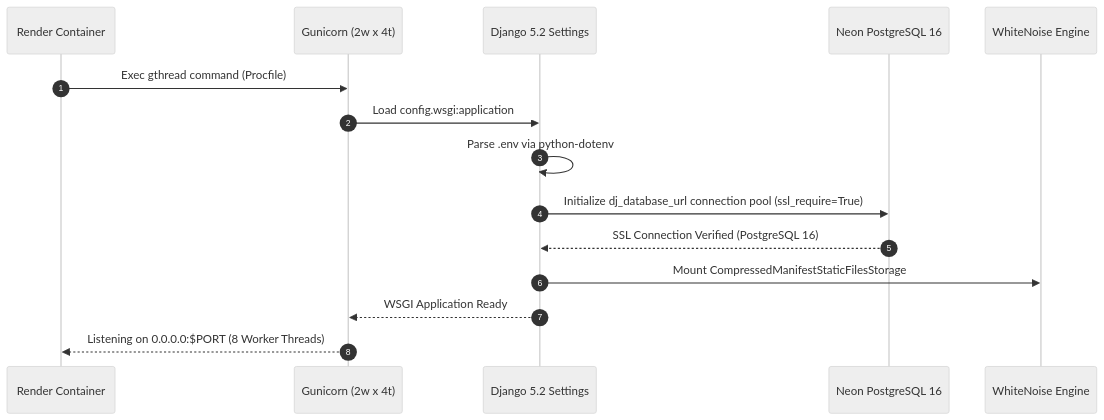
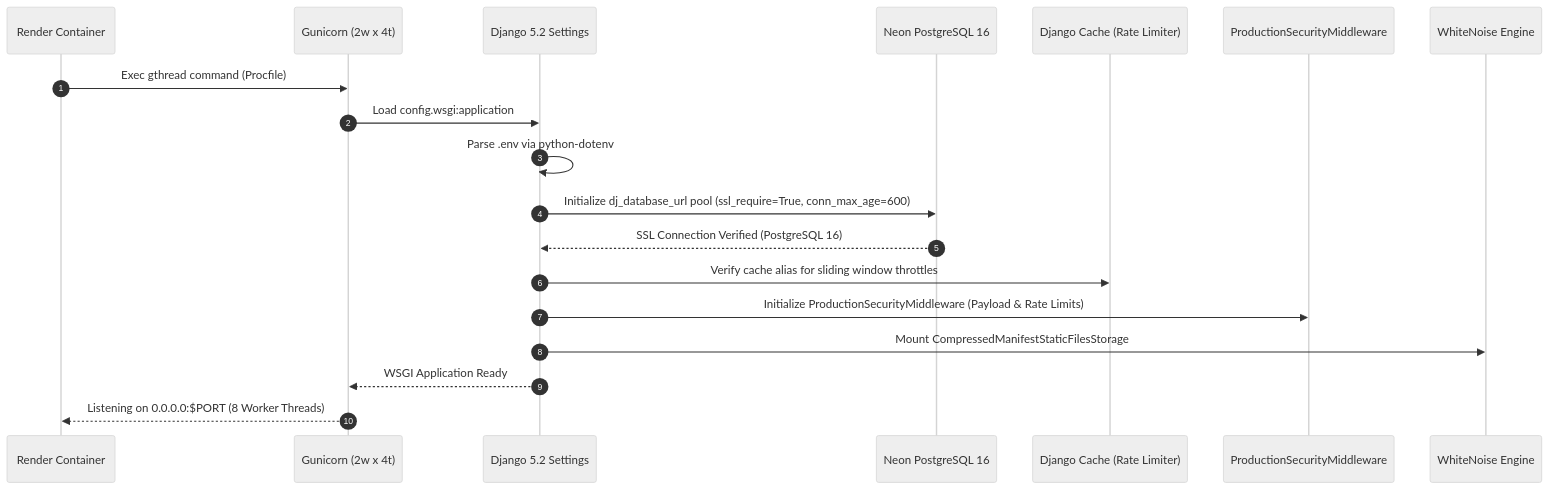
One commit to Laykimhoung/careerlens changed the first of 11 diagrams in docs/SYSTEM_FLOWS.md. Above: the diagram before and after it, drawn with Mermaid (neutral theme). The commit also changed other lines of this file and 8 other files, not shown here.

````diff
--- a/docs/SYSTEM_FLOWS.md
+++ b/docs/SYSTEM_FLOWS.md
@@ -14,18 +14,22 @@
 ```mermaid
 sequenceDiagram
     autonumber
     participant Host as Render Container
     participant Gunicorn as Gunicorn (2w x 4t)
     participant Django as Django 5.2 Settings
     participant DB as Neon PostgreSQL 16
+    participant Cache as Django Cache (Rate Limiter)
+    participant SecMW as ProductionSecurityMiddleware
     participant WhiteNoise as WhiteNoise Engine
 
     Host->>Gunicorn: Exec gthread command (Procfile)
     Gunicorn->>Django: Load config.wsgi:application
     Django->>Django: Parse .env via python-dotenv
-    Django->>DB: Initialize dj_database_url connection pool (ssl_require=True)
+    Django->>DB: Initialize dj_database_url pool (ssl_require=True, conn_max_age=600)
     DB-->>Django: SSL Connection Verified (PostgreSQL 16)
+    Django->>Cache: Verify cache alias for sliding window throttles
+    Django->>SecMW: Initialize ProductionSecurityMiddleware (Payload & Rate Limits)
     Django->>WhiteNoise: Mount CompressedManifestStaticFilesStorage
     Django-->>Gunicorn: WSGI Application Ready
     Gunicorn-->>Host: Listening on 0.0.0.0:$PORT (8 Worker Threads)
 ```
````
